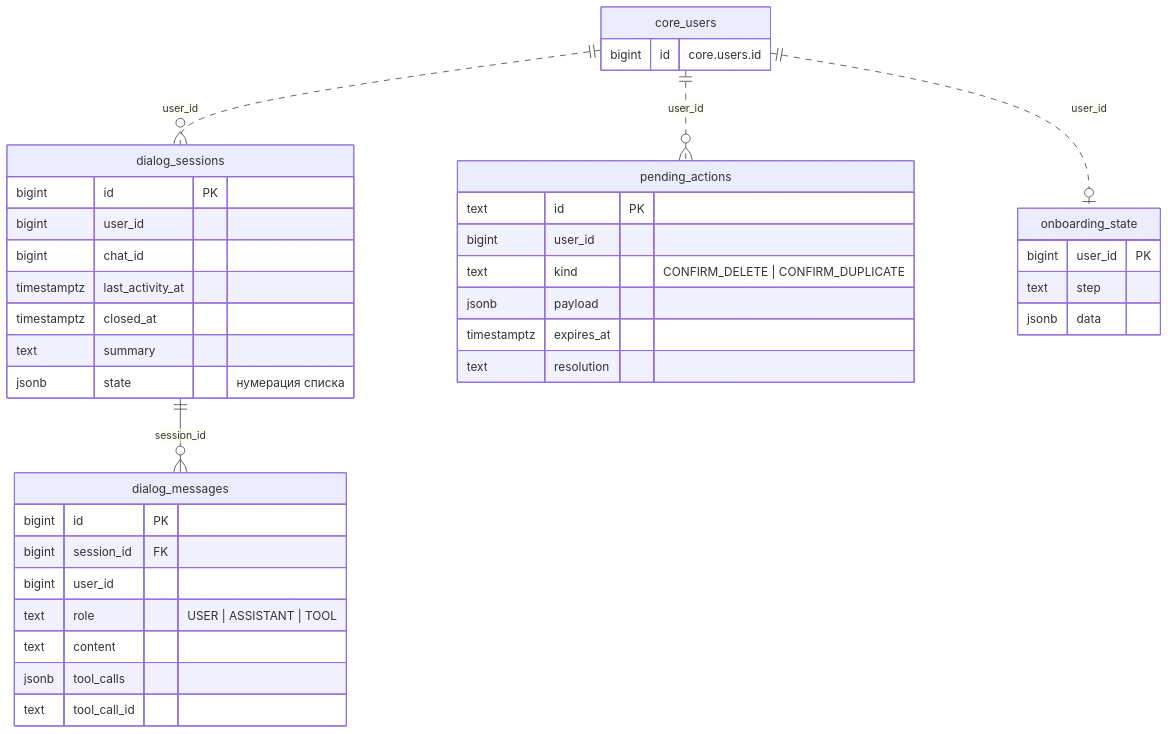
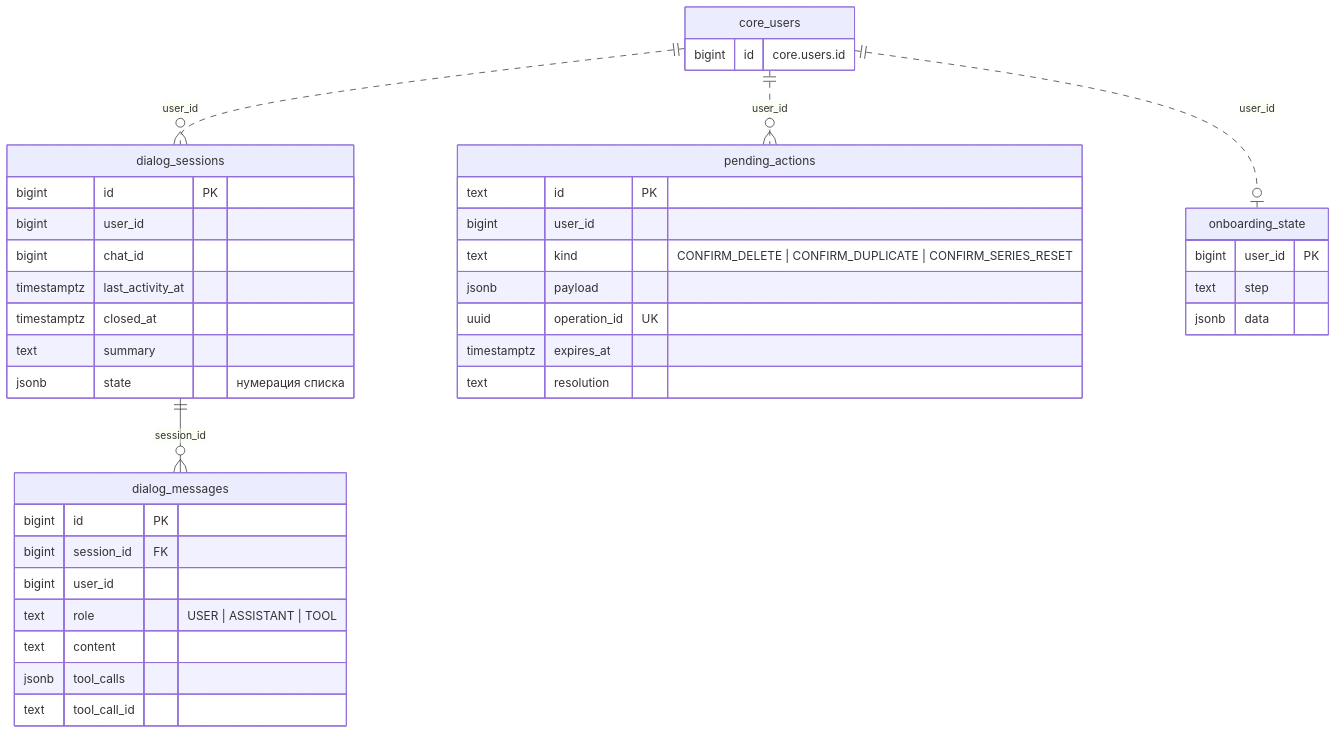
One commit to 1Avalanche/theseus changed the second of 4 diagrams in docs/database.md. Above: the diagram before and after it, drawn with Mermaid. The commit also changed other lines of this file and 8 other files, not shown here.

````diff
--- a/docs/database.md
+++ b/docs/database.md
@@ -97,42 +109,43 @@
 ```mermaid
 erDiagram
     core_users ||..o{ dialog_sessions : "user_id"
     core_users ||..o{ pending_actions : "user_id"
     core_users ||..o| onboarding_state : "user_id"
     dialog_sessions ||--o{ dialog_messages : "session_id"
 
     core_users {
         bigint id "core.users.id"
     }
     dialog_sessions {
         bigint id PK
         bigint user_id
         bigint chat_id
         timestamptz last_activity_at
         timestamptz closed_at
         text summary
         jsonb state "нумерация списка"
     }
     dialog_messages {
         bigint id PK
         bigint session_id FK
         bigint user_id
         text role "USER | ASSISTANT | TOOL"
         text content
         jsonb tool_calls
         text tool_call_id
     }
     pending_actions {
         text id PK
         bigint user_id
-        text kind "CONFIRM_DELETE | CONFIRM_DUPLICATE"
+        text kind "CONFIRM_DELETE | CONFIRM_DUPLICATE | CONFIRM_SERIES_RESET"
         jsonb payload
+        uuid operation_id UK
         timestamptz expires_at
         text resolution
     }
     onboarding_state {
         bigint user_id PK
         text step
         jsonb data
     }
 ```
````
